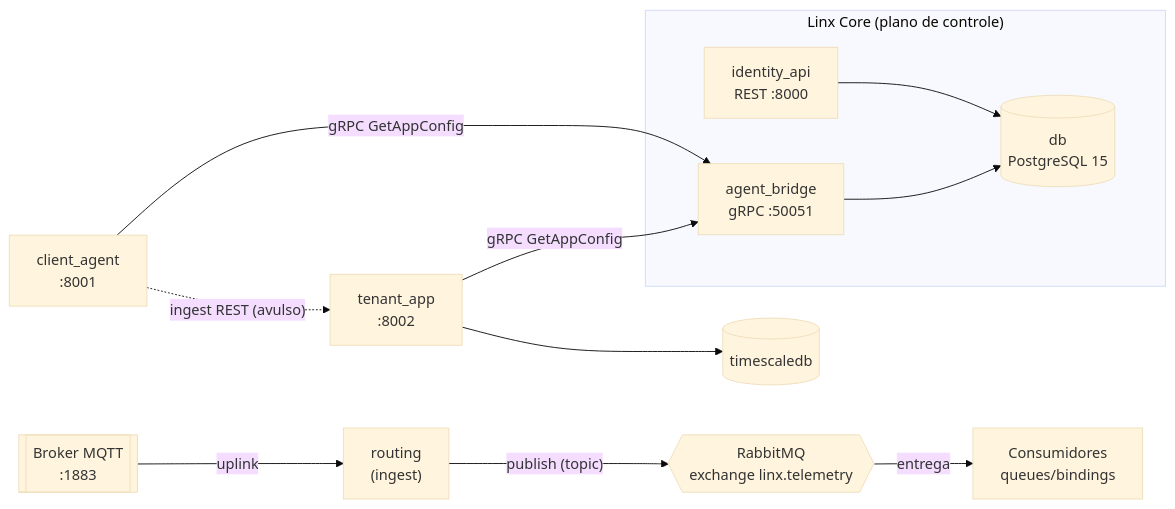
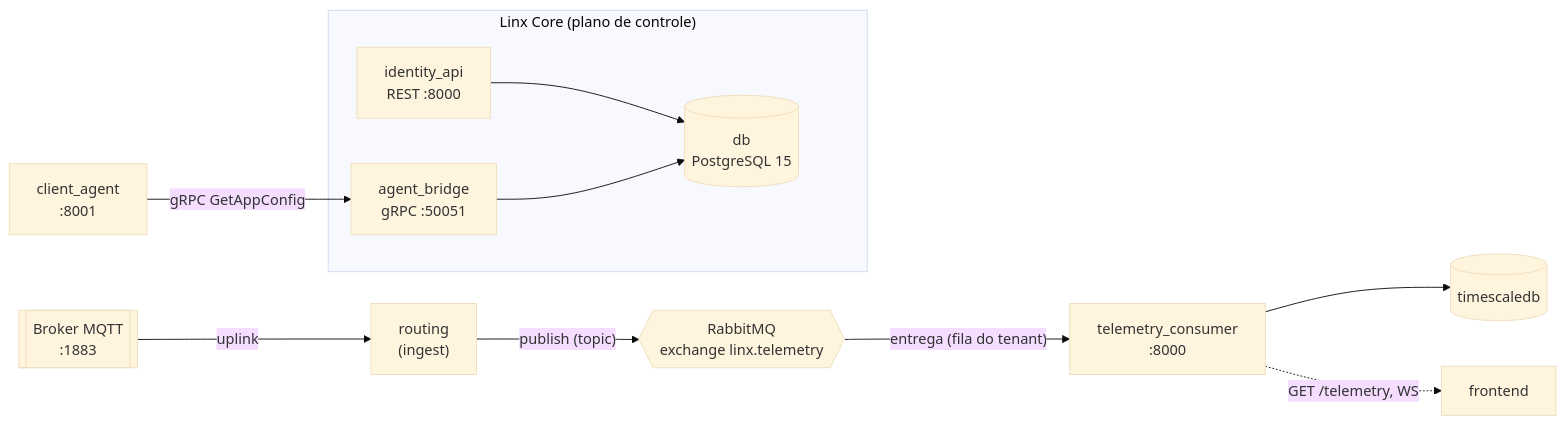
Before and after one commit to IncludeLuisFerreira/LINX-LoRaWAN-Intelligence-Nexus: the first of 3 diagrams in docs/comunicacao_entre_servicos.md, drawn with Mermaid (base theme). The commit also changed other lines of this file and 8 other files, not shown here.

````diff
--- a/docs/comunicacao_entre_servicos.md
+++ b/docs/comunicacao_entre_servicos.md
@@ -41,26 +42,24 @@
 ```mermaid
 flowchart LR
     subgraph SaaS["Linx Core (plano de controle)"]
         ID["identity_api<br/>REST :8000"]
         AB["agent_bridge<br/>gRPC :50051"]
         DB[("db<br/>PostgreSQL 15")]
         ID --> DB
         AB --> DB
     end
 
     MQTT[["Broker MQTT<br/>:1883"]]
     RT["routing<br/>(ingest)"]
     RMQ{{"RabbitMQ<br/>exchange linx.telemetry"}}
     CA["client_agent<br/>:8001"]
-    TA["tenant_app<br/>:8002"]
+    TC["telemetry_consumer<br/>:8000"]
     TS[("timescaledb")]
-    CO["Consumidores<br/>queues/bindings"]
 
     MQTT -- "uplink" --> RT
     RT -- "publish (topic)" --> RMQ
-    RMQ -- "entrega" --> CO
+    RMQ -- "entrega (fila do tenant)" --> TC
     CA -- "gRPC GetAppConfig" --> AB
-    TA -- "gRPC GetAppConfig" --> AB
-    CA -. "ingest REST (avulso)" .-> TA
-    TA --> TS
+    TC --> TS
+    TC -. "GET /telemetry, WS" .-> FE["frontend"]
 ```
````
